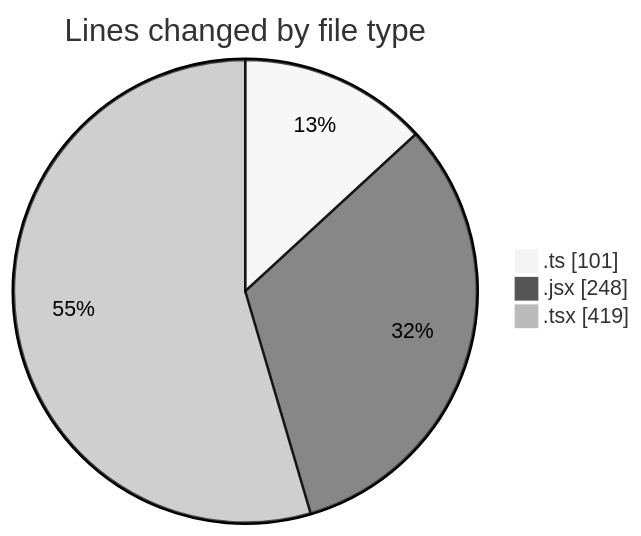
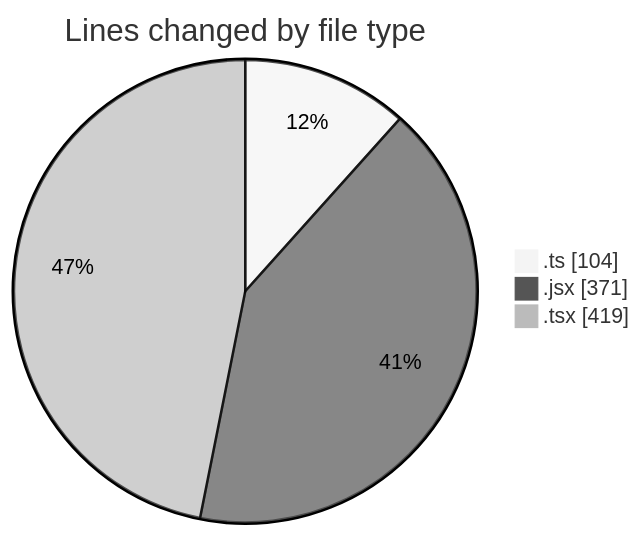
The first of 2 diagrams in 2025-02-08/termonied-web/README.md (robertbonfada/code-tracking), drawn with Mermaid (neutral theme) before and after one commit. The commit also changed other lines of this file and 1 other file, not shown here.

````diff
--- a/2025-02-08/termonied-web/README.md
+++ b/2025-02-08/termonied-web/README.md
@@ -26,7 +27,7 @@
 ```mermaid
 pie showData
 title Lines changed by file type
-".ts" : 101
-".jsx" : 248
+".ts" : 104
+".jsx" : 371
 ".tsx" : 419
 ```
````
